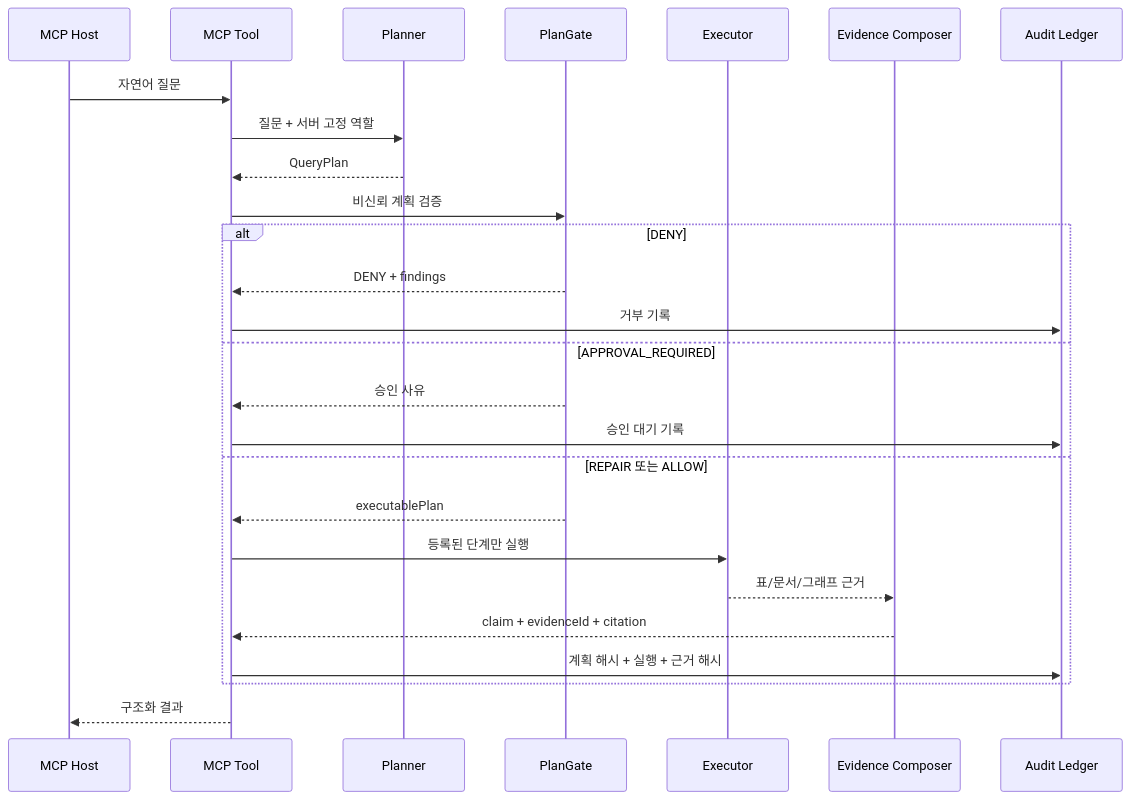
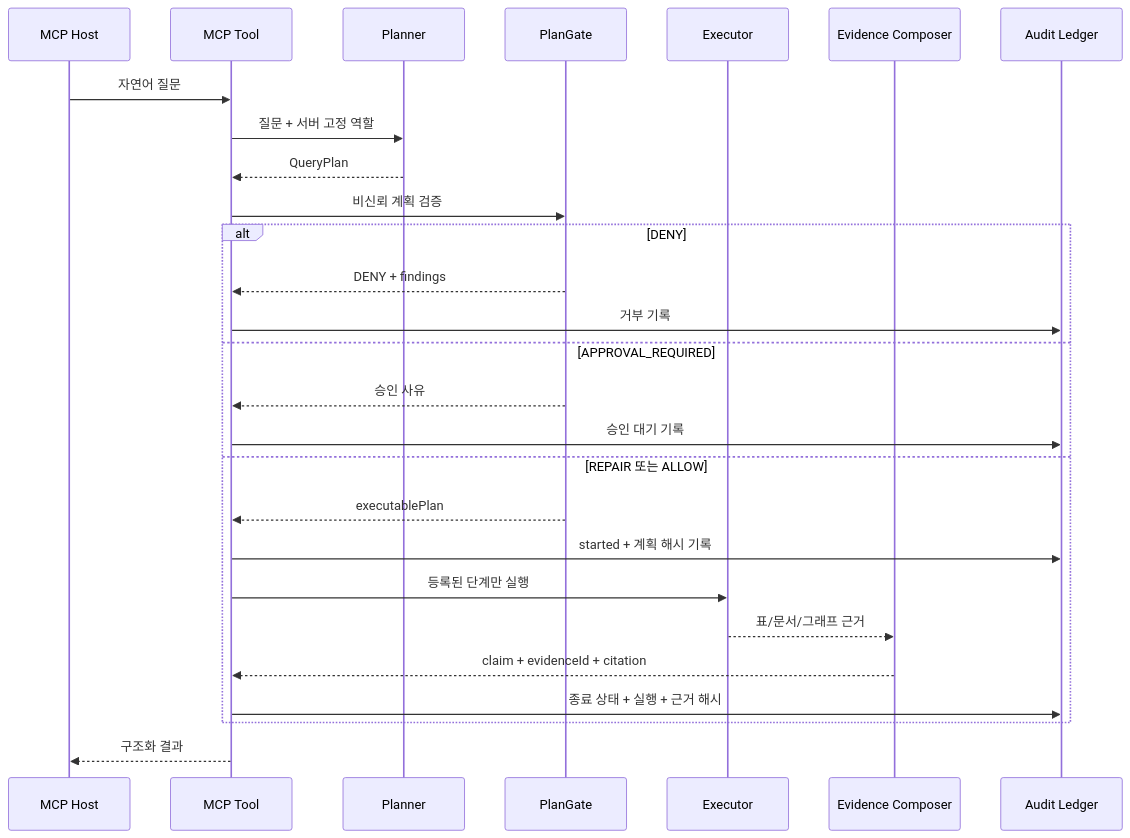
The second of 2 diagrams in docs/architecture.md (SakJaeLim/trustflow-mcp-data-agent), drawn with Mermaid before and after one commit. The commit also changed other lines of this file and 80 other files, not shown here.

```diff
--- a/docs/architecture.md
+++ b/docs/architecture.md
@@ -58,29 +58,30 @@
 ~~~mermaid
 sequenceDiagram
     participant H as MCP Host
     participant M as MCP Tool
     participant P as Planner
     participant G as PlanGate
     participant X as Executor
     participant C as Evidence Composer
     participant L as Audit Ledger
 
     H->>M: 자연어 질문
     M->>P: 질문 + 서버 고정 역할
     P-->>M: QueryPlan
     M->>G: 비신뢰 계획 검증
     alt DENY
         G-->>M: DENY + findings
         M->>L: 거부 기록
     else APPROVAL_REQUIRED
         G-->>M: 승인 사유
         M->>L: 승인 대기 기록
     else REPAIR 또는 ALLOW
         G-->>M: executablePlan
+        M->>L: started + 계획 해시 기록
         M->>X: 등록된 단계만 실행
         X-->>C: 표/문서/그래프 근거
         C-->>M: claim + evidenceId + citation
-        M->>L: 계획 해시 + 실행 + 근거 해시
+        M->>L: 종료 상태 + 실행 + 근거 해시
     end
     M-->>H: 구조화 결과
 ~~~
```
